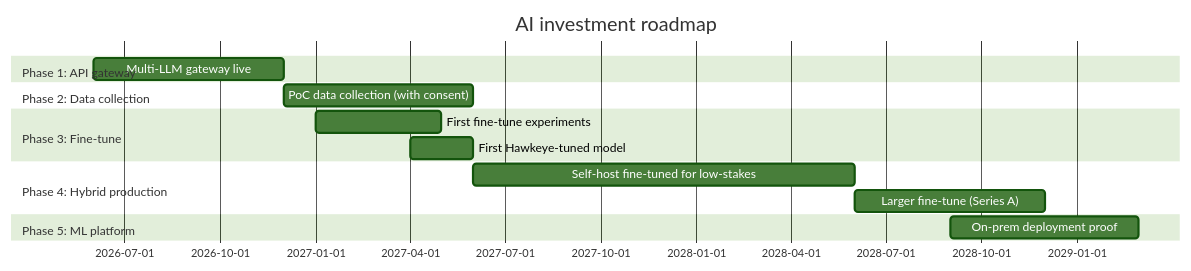
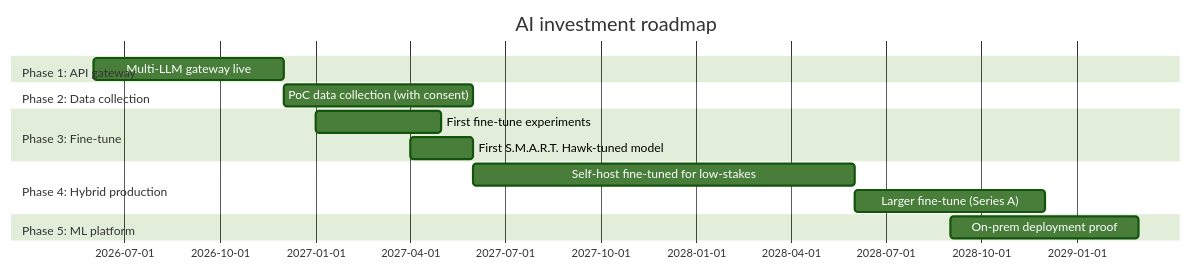
Before and after one commit to hawkeyetransact-dotcom/doc_v2: the fourth of 6 diagrams in 04-engineering/07-ai/AI-ARCHITECTURE.md, drawn with Mermaid (forest theme). The commit also changed other lines of this file and 105 other files, not shown here.

First line of the commit message:
Rebrand docs: Hawkeye -> S.M.A.R.T. Hawk; S.M.A.R.T. five-pillar pipeline

````diff
--- a/04-engineering/07-ai/AI-ARCHITECTURE.md
+++ b/04-engineering/07-ai/AI-ARCHITECTURE.md
@@ -219,17 +219,17 @@
 ```mermaid
 gantt
     title AI investment roadmap
     dateFormat YYYY-MM
     section Phase 1: API gateway
     Multi-LLM gateway live :2026-06, 6M
     section Phase 2: Data collection
     PoC data collection (with consent) :2026-12, 6M
     section Phase 3: Fine-tune
     First fine-tune experiments :2027-01, 4M
-    First Hawkeye-tuned model :2027-04, 2M
+    First S.M.A.R.T. Hawk-tuned model :2027-04, 2M
     section Phase 4: Hybrid production
     Self-host fine-tuned for low-stakes :2027-06, 12M
     Larger fine-tune (Series A) :2028-06, 6M
     section Phase 5: ML platform
     On-prem deployment proof :2028-09, 6M
 ```
````
